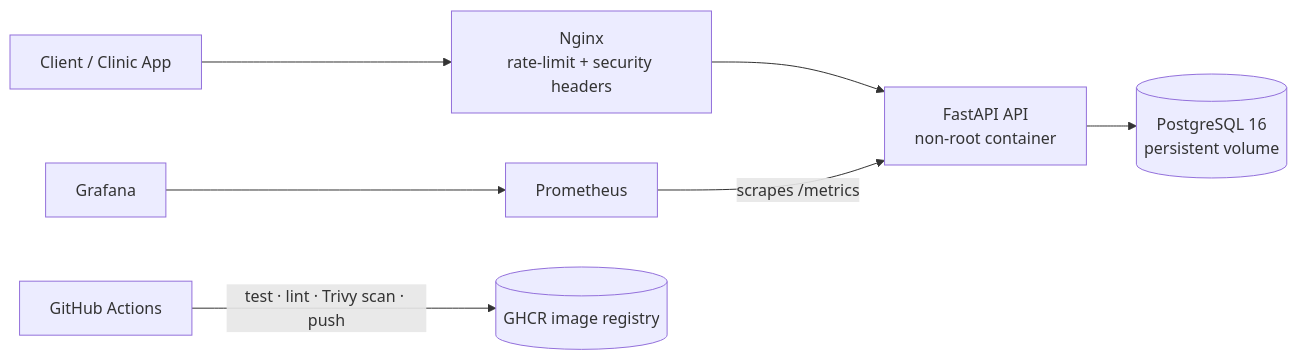
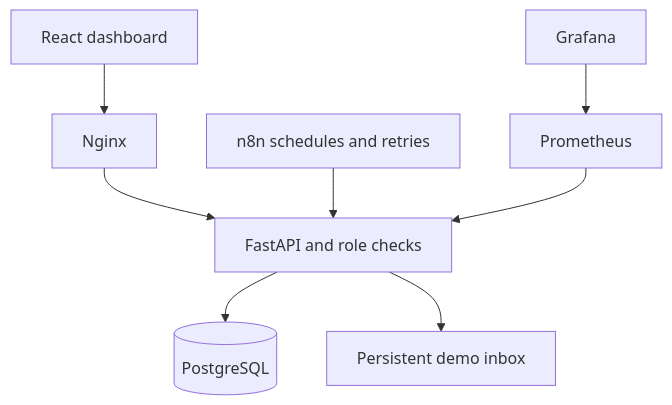
Before and after one commit to asadh-74/healthops: the diagram in README.md, drawn with Mermaid. The commit also changed other lines of this file and 30 other files, not shown here.

Commit message:
Build HealthOps full-stack demo with role access and n8n workflows

````diff
--- a/README.md
+++ b/README.md
@@ -21,9 +59,10 @@
 ```mermaid
-flowchart LR
-  U[Client / Clinic App] --> N[Nginx<br/>rate-limit + security headers]
-  N --> A[FastAPI API<br/>non-root container]
-  A --> D[(PostgreSQL 16<br/>persistent volume)]
-  P[Prometheus] -- scrapes /metrics --> A
-  G[Grafana] --> P
-  GH[GitHub Actions] -- test · lint · Trivy scan · push --> R[(GHCR image registry)]
+flowchart TD
+  UI[React dashboard] --> Proxy[Nginx]
+  Proxy --> API[FastAPI and role checks]
+  API --> DB[(PostgreSQL)]
+  N8N[n8n schedules and retries] --> API
+  API --> Inbox[Persistent demo inbox]
+  Metrics[Prometheus] --> API
+  Grafana[Grafana] --> Metrics
 ```
````
